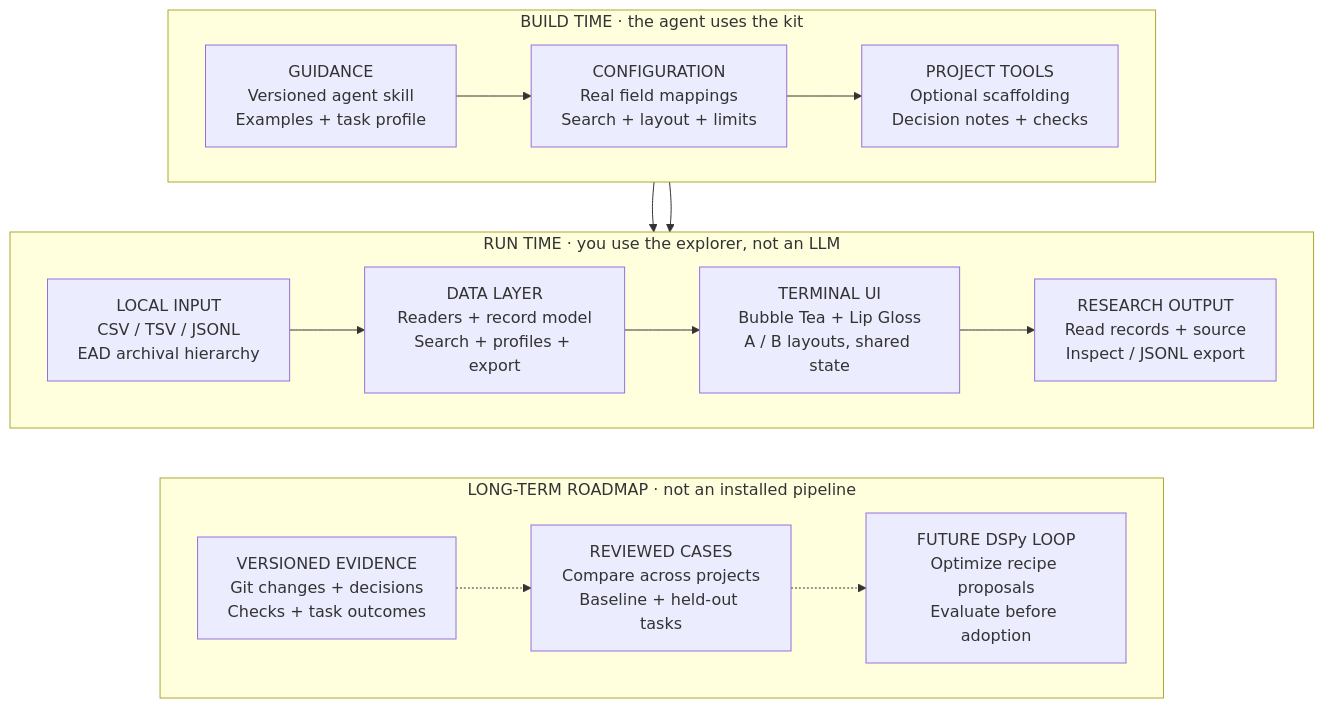
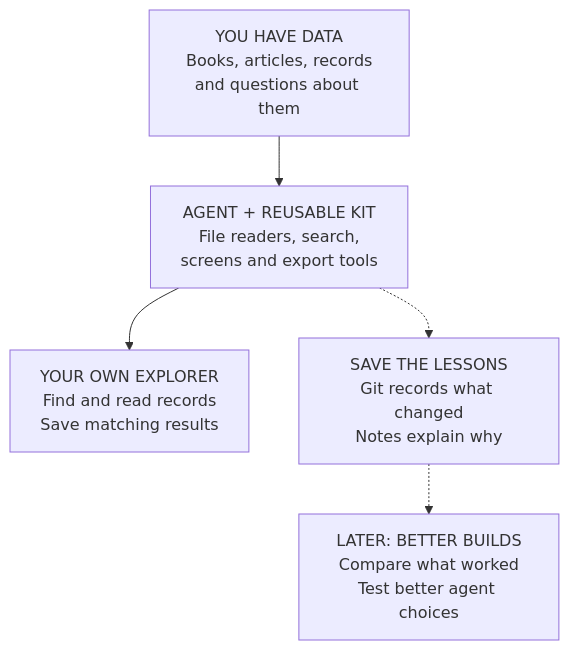
Before and after one commit to Dataset-explorer-tui-kit/.github: the diagram in profile/assets/kit-overview.mmd, drawn with Mermaid. The commit also changed 7 other files, not shown here.

Commit message:
docs: explain the kit in plain language with a concrete book-search example

```diff
--- a/profile/assets/kit-overview.mmd
+++ b/profile/assets/kit-overview.mmd
@@ -1,38 +1,15 @@
 flowchart TD
-    subgraph build["BUILD TIME · the agent uses the kit"]
-      direction LR
-      skill["GUIDANCE<br/>Versioned agent skill<br/>Examples + task profile"]
-      recipe["CONFIGURATION<br/>Real field mappings<br/>Search + layout + limits"]
-      tooling["PROJECT TOOLS<br/>Optional scaffolding<br/>Decision notes + checks"]
-      skill --> recipe
-      recipe --> tooling
-    end
-    subgraph runtime["RUN TIME · you use the explorer, not an LLM"]
-      direction LR
-      source["LOCAL INPUT<br/>CSV / TSV / JSONL<br/>EAD archival hierarchy"]
-      data["DATA LAYER<br/>Readers + record model<br/>Search + profiles + export"]
-      ui["TERMINAL UI<br/>Bubble Tea + Lip Gloss<br/>A / B layouts, shared state"]
-      result["RESEARCH OUTPUT<br/>Read records + source<br/>Inspect / JSONL export"]
-      source --> data
-      data --> ui
-      ui --> result
-    end
-    recipe --> data
-    tooling --> ui
-    subgraph learning["LONG-TERM ROADMAP · not an installed pipeline"]
-      direction LR
-      evidence["VERSIONED EVIDENCE<br/>Git changes + decisions<br/>Checks + task outcomes"]
-      cases["REVIEWED CASES<br/>Compare across projects<br/>Baseline + held-out tasks"]
-      dspy["FUTURE DSPy LOOP<br/>Optimize recipe proposals<br/>Evaluate before adoption"]
-      evidence -.-> cases
-      cases -.-> dspy
-    end
-    %% Layout only: place the roadmap below runtime, without a causal arrow.
-    source ~~~ evidence
-    data ~~~ cases
-    ui ~~~ dspy
-    class evidence,cases,dspy optional
-    class skill,recipe,tooling agent
-    class source input
-    class data,ui core
-    class result output
+    goal["YOU HAVE DATA<br/>Books, articles, records<br/>and questions about them"]
+    kit["AGENT + REUSABLE KIT<br/>File readers, search,<br/>screens and export tools"]
+    app["YOUR OWN EXPLORER<br/>Find and read records<br/>Save matching results"]
+    goal --> kit
+    kit --> app
+    history["SAVE THE LESSONS<br/>Git records what changed<br/>Notes explain why"]
+    better["LATER: BETTER BUILDS<br/>Compare what worked<br/>Test better agent choices"]
+    kit -.-> history
+    history -.-> better
+    class goal input
+    class kit agent
+    class app output
+    class history core
+    class better optional
```
